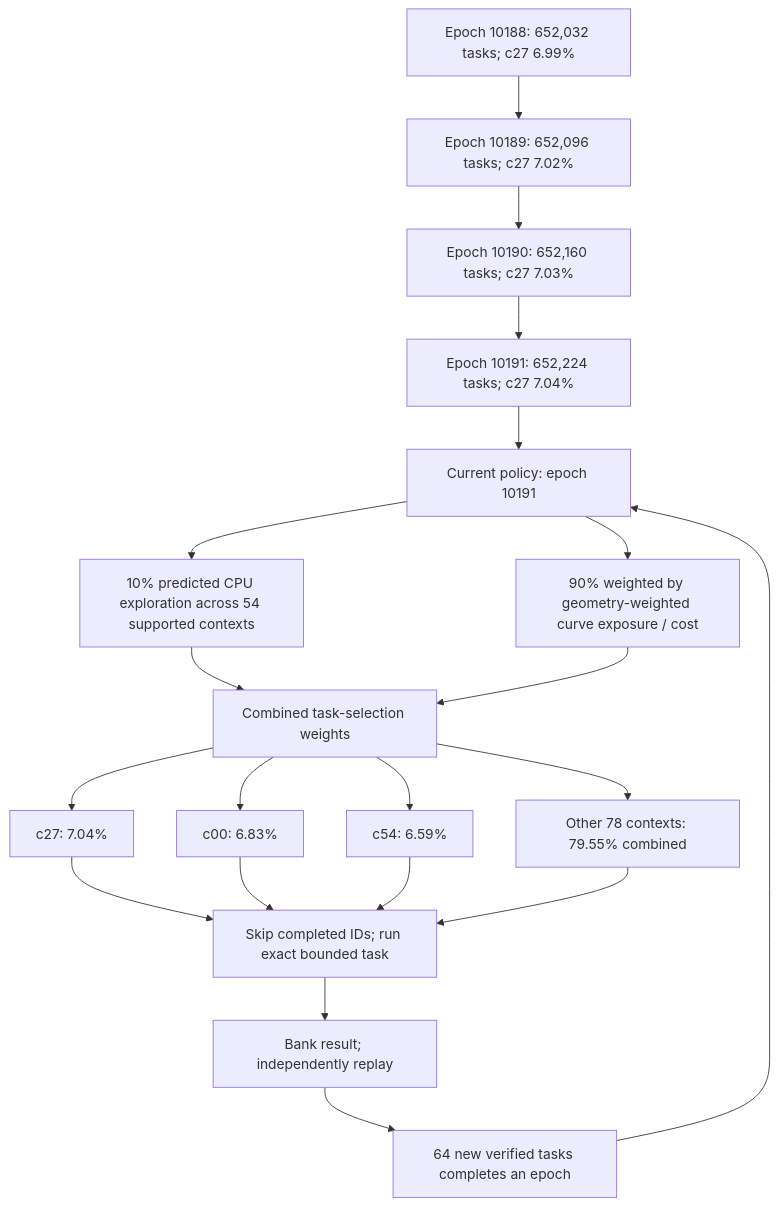
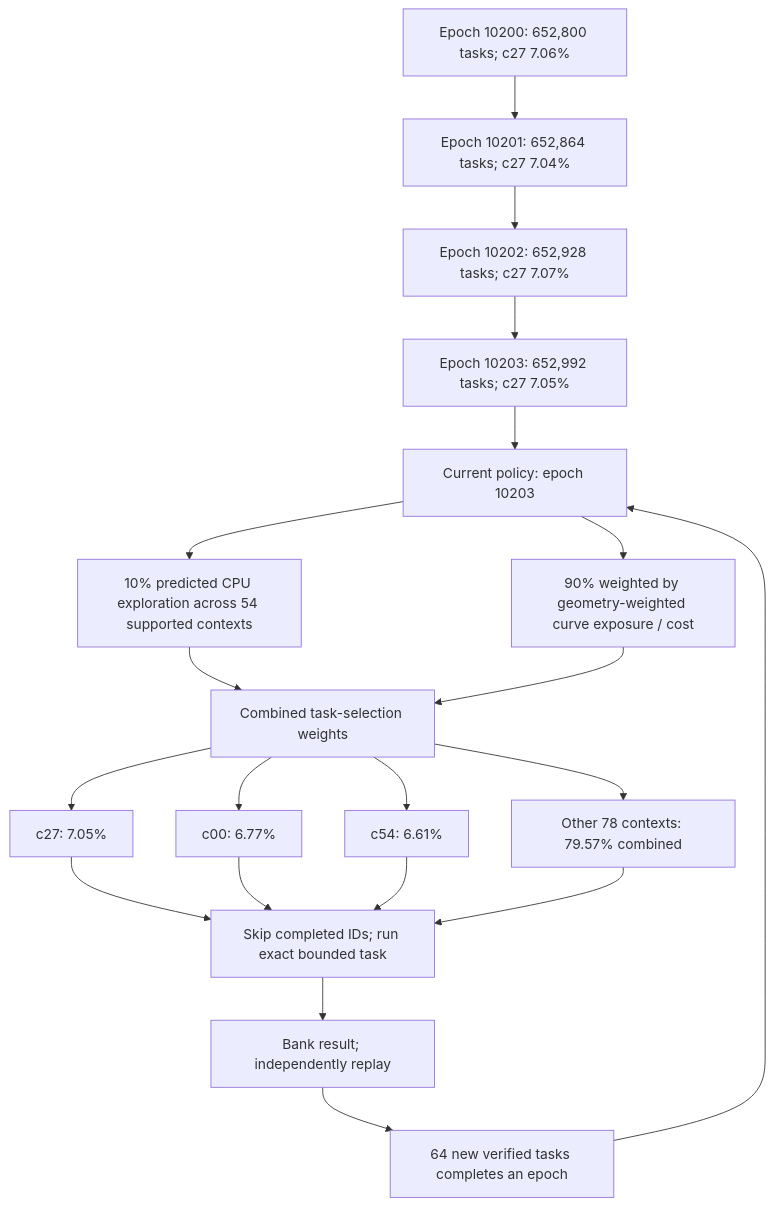
The first of 4 diagrams in README.md (Kuberwastaken/math-gambling), drawn with Mermaid before and after one commit. The commit also changed other lines of this file and 1690 other files, not shown here.

````diff
--- a/README.md
+++ b/README.md
@@ -60,27 +60,27 @@
 ```mermaid
 flowchart TD
-    H0["Epoch 10188: 652,032 tasks; c27 6.99%"]
-    H1["Epoch 10189: 652,096 tasks; c27 7.02%"]
+    H0["Epoch 10200: 652,800 tasks; c27 7.06%"]
+    H1["Epoch 10201: 652,864 tasks; c27 7.04%"]
     H0 --> H1
-    H2["Epoch 10190: 652,160 tasks; c27 7.03%"]
+    H2["Epoch 10202: 652,928 tasks; c27 7.07%"]
     H1 --> H2
-    H3["Epoch 10191: 652,224 tasks; c27 7.04%"]
+    H3["Epoch 10203: 652,992 tasks; c27 7.05%"]
     H2 --> H3
-    Policy["Current policy: epoch 10191"]
+    Policy["Current policy: epoch 10203"]
     H3 --> Policy
     Policy --> Explore["10% predicted CPU exploration across 54 supported contexts"]
     Policy --> Cost["90% weighted by geometry-weighted curve exposure / cost"]
     Explore --> Mix["Combined task-selection weights"]
     Cost --> Mix
-    Mix --> C0["c27: 7.04%"]
-    Mix --> C1["c00: 6.83%"]
-    Mix --> C2["c54: 6.59%"]
-    Mix --> Rest["Other 78 contexts: 79.55% combined"]
+    Mix --> C0["c27: 7.05%"]
+    Mix --> C1["c00: 6.77%"]
+    Mix --> C2["c54: 6.61%"]
+    Mix --> Rest["Other 78 contexts: 79.57% combined"]
     C0 --> Check["Skip completed IDs; run exact bounded task"]
     C1 --> Check
     C2 --> Check
     Rest --> Check
     Check --> Replay["Bank result; independently replay"]
     Replay --> Gate["64 new verified tasks completes an epoch"]
     Gate --> Policy
 ```
````
